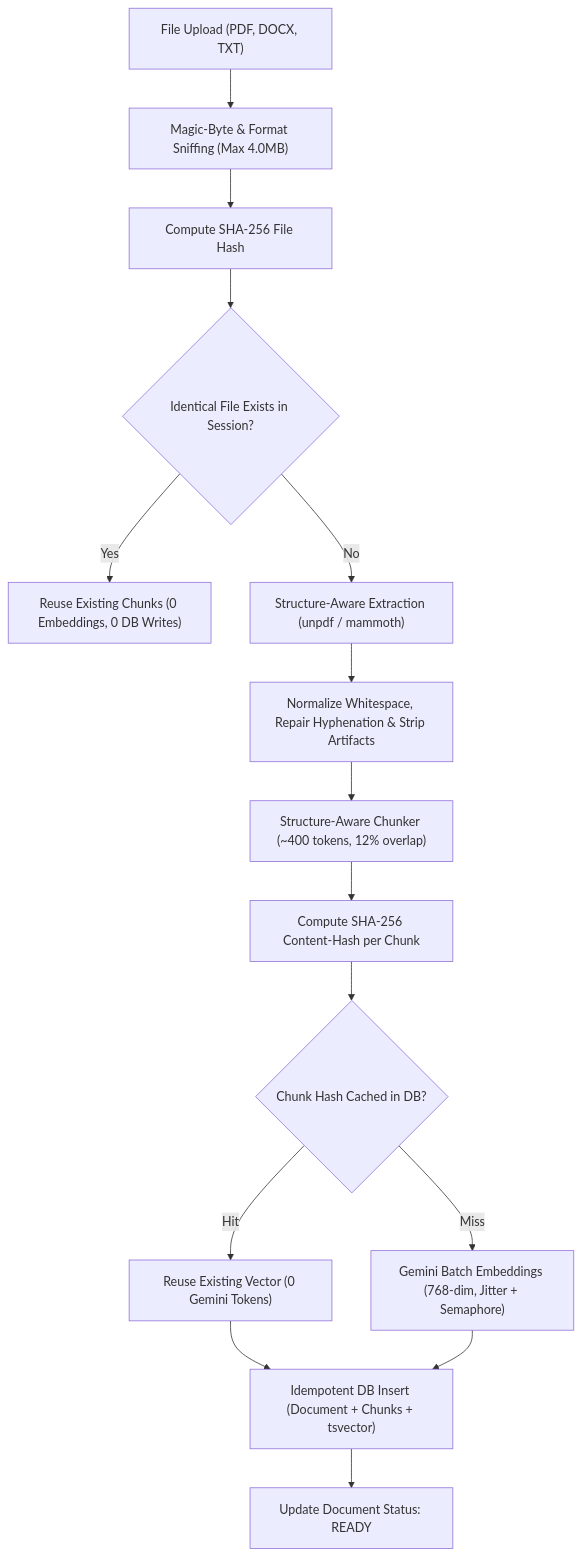
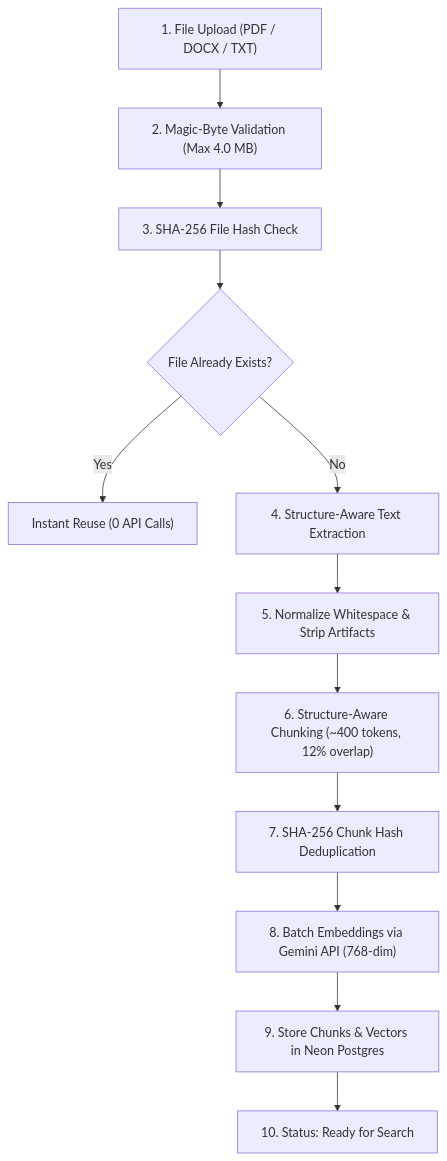
One commit to nitin7414/knowledgebase changed the first of 2 diagrams in README.md. Above: the diagram before and after it, drawn with Mermaid. The commit also changed other lines of this file and 77 other files, not shown here.

````diff
--- a/README.md
+++ b/README.md
@@ -53,17 +59,14 @@
 ```mermaid
 flowchart TD
-    Upload["File Upload (PDF, DOCX, TXT)"] --> MagicBytes["Magic-Byte & Format Sniffing (Max 4.0MB)"]
-    MagicBytes --> FileHash["Compute SHA-256 File Hash"]
-    FileHash --> DupCheck{"Identical File Exists in Session?"}
-    DupCheck -->|Yes| InstantReady["Reuse Existing Chunks (0 Embeddings, 0 DB Writes)"]
-    DupCheck -->|No| TextExtract["Structure-Aware Extraction (unpdf / mammoth)"]
-    TextExtract --> Clean["Normalize Whitespace, Repair Hyphenation & Strip Artifacts"]
-    Clean --> Chunker["Structure-Aware Chunker (~400 tokens, 12% overlap)"]
-    Chunker --> ChunkHash["Compute SHA-256 Content-Hash per Chunk"]
-    ChunkHash --> ChunkCheck{"Chunk Hash Cached in DB?"}
-    ChunkCheck -->|Hit| ReuseVec["Reuse Existing Vector (0 Gemini Tokens)"]
-    ChunkCheck -->|Miss| BatchEmbed["Gemini Batch Embeddings (768-dim, Jitter + Semaphore)"]
-    ReuseVec --> BatchInsert["Idempotent DB Insert (Document + Chunks + tsvector)"]
-    BatchEmbed --> BatchInsert
-    BatchInsert --> ReadyStatus["Update Document Status: READY"]
+    Upload["1. File Upload (PDF / DOCX / TXT)"] --> MagicBytes["2. Magic-Byte Validation (Max 4.0 MB)"]
+    MagicBytes --> FileHash["3. SHA-256 File Hash Check"]
+    FileHash --> DupCheck{"File Already Exists?"}
+    DupCheck -->|Yes| InstantReady["Instant Reuse (0 API Calls)"]
+    DupCheck -->|No| TextExtract["4. Structure-Aware Text Extraction"]
+    TextExtract --> Clean["5. Normalize Whitespace & Strip Artifacts"]
+    Clean --> Chunker["6. Structure-Aware Chunking (~400 tokens, 12% overlap)"]
+    Chunker --> ChunkHash["7. SHA-256 Chunk Hash Deduplication"]
+    ChunkHash --> BatchEmbed["8. Batch Embeddings via Gemini API (768-dim)"]
+    BatchEmbed --> DBInsert["9. Store Chunks & Vectors in Neon Postgres"]
+    DBInsert --> ReadyStatus["10. Status: Ready for Search"]
 ```
````
